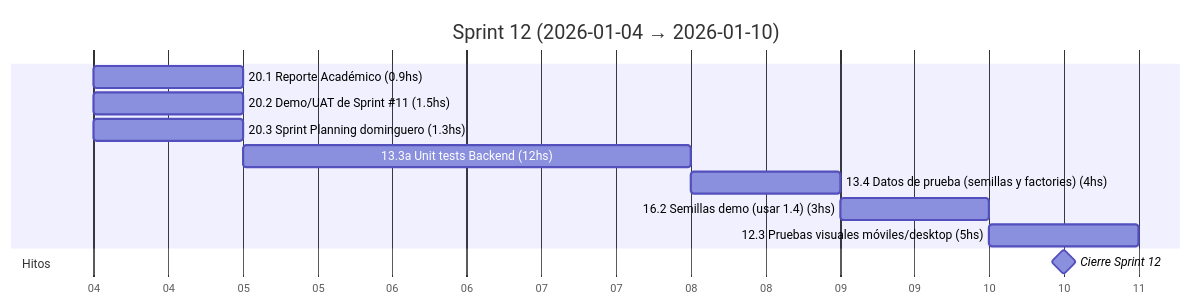
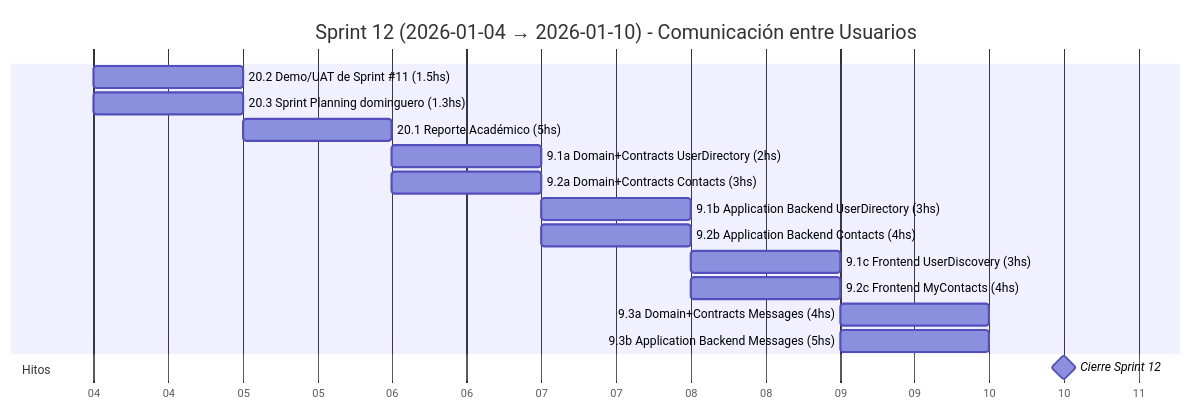
Before and after one commit to MarkMed/FleetMan: diagram 13 of 19 in docs/SprintsGantts.md, drawn with Mermaid. The commit also changed 4 other files, not shown here.

````diff
--- a/docs/SprintsGantts.md
+++ b/docs/SprintsGantts.md
@@ -384,19 +384,23 @@
 ```mermaid
 gantt
-  title Sprint 12 (2026-01-04 → 2026-01-10)
+  title Sprint 12 (2026-01-04 → 2026-01-10) - Comunicación entre Usuarios
   dateFormat  YYYY-MM-DD
   axisFormat  %d
 
   %% Asumimos 5 h/día. Horas estimadas incluidas en el nombre.
 
-  20.1 Reporte Académico (0.9hs)               :t201, 2026-01-04, 1d
   20.2 Demo/UAT de Sprint #11 (1.5hs)          :t202, 2026-01-04, 1d
   20.3 Sprint Planning dominguero (1.3hs)      :t203, 2026-01-04, 1d
-  13.3a Unit tests Backend (12hs)              :t133a, after t203, 3d
-  13.4 Datos de prueba (semillas y factories) (4hs) :t134, after t133a, 1d
-  16.2 Semillas demo (usar 1.4) (3hs)          :t162, after t134, 1d
-  12.3 Pruebas visuales móviles/desktop (5hs)  :t123, after t162, 1d
+  20.1 Reporte Académico (5hs)                 :t201, 2026-01-05, 1d
+  9.1a Domain+Contracts UserDirectory (2hs)    :t91a, 2026-01-06, 1d
+  9.2a Domain+Contracts Contacts (3hs)         :t92a, 2026-01-06, 1d
+  9.1b Application Backend UserDirectory (3hs) :t91b, 2026-01-07, 1d
+  9.2b Application Backend Contacts (4hs)      :t92b, 2026-01-07, 1d
+  9.1c Frontend UserDiscovery (3hs)            :t91c, 2026-01-08, 1d
+  9.2c Frontend MyContacts (4hs)               :t92c, 2026-01-08, 1d
+  9.3a Domain+Contracts Messages (4hs)         :t93a, 2026-01-09, 1d
+  9.3b Application Backend Messages (5hs)      :t93b, 2026-01-09, 1d
 
   section Hitos
   Cierre Sprint 12                             :milestone, s12, 2026-01-10, 1d
 ```
````
